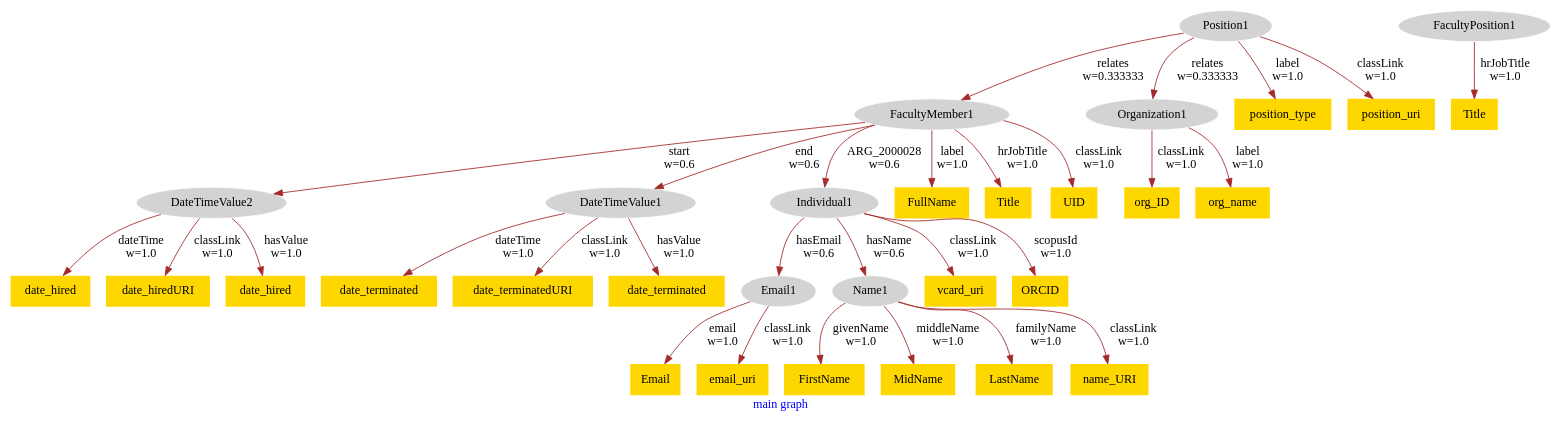
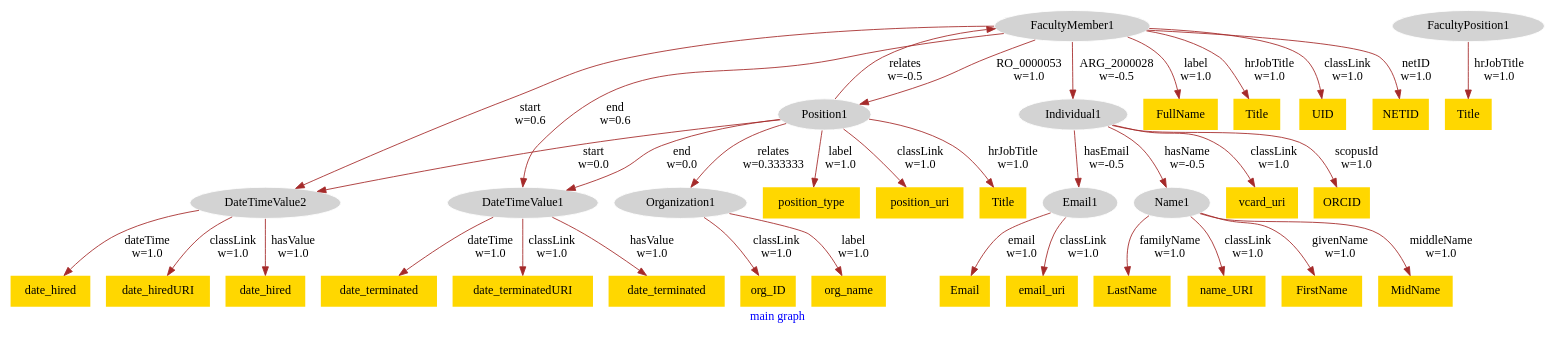
Before and after one commit to vioil/R2RML-Karma: the diagram in karma/alignment-graph/graph.dot, drawn with Graphviz. The commit also changed 6 other files, not shown here.

```diff
--- a/karma/alignment-graph/graph.dot
+++ b/karma/alignment-graph/graph.dot
@@ -1,65 +1,72 @@
 digraph n0 {
 fontcolor="blue"
 remincross="true"
 label="main graph"
 n1[style="filled",color="white",fillcolor="lightgray",label="FacultyMember1"];
 n2[style="filled",color="white",fillcolor="lightgray",label="DateTimeValue2"];
 n3[style="filled",color="white",fillcolor="lightgray",label="DateTimeValue1"];
 n4[style="filled",color="white",fillcolor="lightgray",label="Individual1"];
 n5[style="filled",color="white",fillcolor="lightgray",label="Email1"];
 n6[style="filled",color="white",fillcolor="lightgray",label="Name1"];
 n7[shape="plaintext",style="filled",fillcolor="gold",label="FirstName"];
 n8[shape="plaintext",style="filled",fillcolor="gold",label="FullName"];
 n9[shape="plaintext",style="filled",fillcolor="gold",label="MidName"];
 n10[shape="plaintext",style="filled",fillcolor="gold",label="LastName"];
 n11[shape="plaintext",style="filled",fillcolor="gold",label="date_hired"];
 n12[shape="plaintext",style="filled",fillcolor="gold",label="Email"];
 n13[shape="plaintext",style="filled",fillcolor="gold",label="Title"];
 n14[shape="plaintext",style="filled",fillcolor="gold",label="date_terminated"];
 n15[shape="plaintext",style="filled",fillcolor="gold",label="date_hiredURI"];
 n16[shape="plaintext",style="filled",fillcolor="gold",label="UID"];
 n17[shape="plaintext",style="filled",fillcolor="gold",label="date_terminatedURI"];
 n18[shape="plaintext",style="filled",fillcolor="gold",label="email_uri"];
 n19[shape="plaintext",style="filled",fillcolor="gold",label="name_URI"];
 n20[shape="plaintext",style="filled",fillcolor="gold",label="vcard_uri"];
 n21[shape="plaintext",style="filled",fillcolor="gold",label="ORCID"];
 n22[shape="plaintext",style="filled",fillcolor="gold",label="date_hired"];
 n23[shape="plaintext",style="filled",fillcolor="gold",label="date_terminated"];
 n24[style="filled",color="white",fillcolor="lightgray",label="FacultyPosition1"];
 n25[shape="plaintext",style="filled",fillcolor="gold",label="Title"];
 n26[style="filled",color="white",fillcolor="lightgray",label="Position1"];
 n27[style="filled",color="white",fillcolor="lightgray",label="Organization1"];
 n28[shape="plaintext",style="filled",fillcolor="gold",label="position_type"];
 n29[shape="plaintext",style="filled",fillcolor="gold",label="org_ID"];
 n30[shape="plaintext",style="filled",fillcolor="gold",label="position_uri"];
 n31[shape="plaintext",style="filled",fillcolor="gold",label="org_name"];
+n32[shape="plaintext",style="filled",fillcolor="gold",label="NETID"];
+n33[shape="plaintext",style="filled",fillcolor="gold",label="Title"];
 n1 -> n2[color="brown",fontcolor="black",label="start\nw=0.6"]
 n1 -> n3[color="brown",fontcolor="black",label="end\nw=0.6"]
-n1 -> n4[color="brown",fontcolor="black",label="ARG_2000028\nw=0.6"]
-n4 -> n5[color="brown",fontcolor="black",label="hasEmail\nw=0.6"]
-n4 -> n6[color="brown",fontcolor="black",label="hasName\nw=0.6"]
+n1 -> n4[color="brown",fontcolor="black",label="ARG_2000028\nw=-0.5"]
+n4 -> n5[color="brown",fontcolor="black",label="hasEmail\nw=-0.5"]
+n4 -> n6[color="brown",fontcolor="black",label="hasName\nw=-0.5"]
 n6 -> n7[color="brown",fontcolor="black",label="givenName\nw=1.0"]
 n1 -> n8[color="brown",fontcolor="black",label="label\nw=1.0"]
 n6 -> n9[color="brown",fontcolor="black",label="middleName\nw=1.0"]
 n6 -> n10[color="brown",fontcolor="black",label="familyName\nw=1.0"]
 n2 -> n11[color="brown",fontcolor="black",label="dateTime\nw=1.0"]
 n5 -> n12[color="brown",fontcolor="black",label="email\nw=1.0"]
 n1 -> n13[color="brown",fontcolor="black",label="hrJobTitle\nw=1.0"]
 n3 -> n14[color="brown",fontcolor="black",label="dateTime\nw=1.0"]
 n2 -> n15[color="brown",fontcolor="black",label="classLink\nw=1.0"]
 n1 -> n16[color="brown",fontcolor="black",label="classLink\nw=1.0"]
 n3 -> n17[color="brown",fontcolor="black",label="classLink\nw=1.0"]
 n5 -> n18[color="brown",fontcolor="black",label="classLink\nw=1.0"]
 n6 -> n19[color="brown",fontcolor="black",label="classLink\nw=1.0"]
 n4 -> n20[color="brown",fontcolor="black",label="classLink\nw=1.0"]
 n4 -> n21[color="brown",fontcolor="black",label="scopusId\nw=1.0"]
 n2 -> n22[color="brown",fontcolor="black",label="hasValue\nw=1.0"]
 n3 -> n23[color="brown",fontcolor="black",label="hasValue\nw=1.0"]
 n24 -> n25[color="brown",fontcolor="black",label="hrJobTitle\nw=1.0"]
-n26 -> n1[color="brown",fontcolor="black",label="relates\nw=0.333333"]
+n26 -> n1[color="brown",fontcolor="black",label="relates\nw=-0.5"]
 n26 -> n27[color="brown",fontcolor="black",label="relates\nw=0.333333"]
 n26 -> n28[color="brown",fontcolor="black",label="label\nw=1.0"]
 n27 -> n29[color="brown",fontcolor="black",label="classLink\nw=1.0"]
 n26 -> n30[color="brown",fontcolor="black",label="classLink\nw=1.0"]
 n27 -> n31[color="brown",fontcolor="black",label="label\nw=1.0"]
+n1 -> n32[color="brown",fontcolor="black",label="netID\nw=1.0"]
+n26 -> n2[color="brown",fontcolor="black",label="start\nw=0.0"]
+n26 -> n3[color="brown",fontcolor="black",label="end\nw=0.0"]
+n26 -> n33[color="brown",fontcolor="black",label="hrJobTitle\nw=1.0"]
+n1 -> n26[color="brown",fontcolor="black",label="RO_0000053\nw=1.0"]
 }
```
